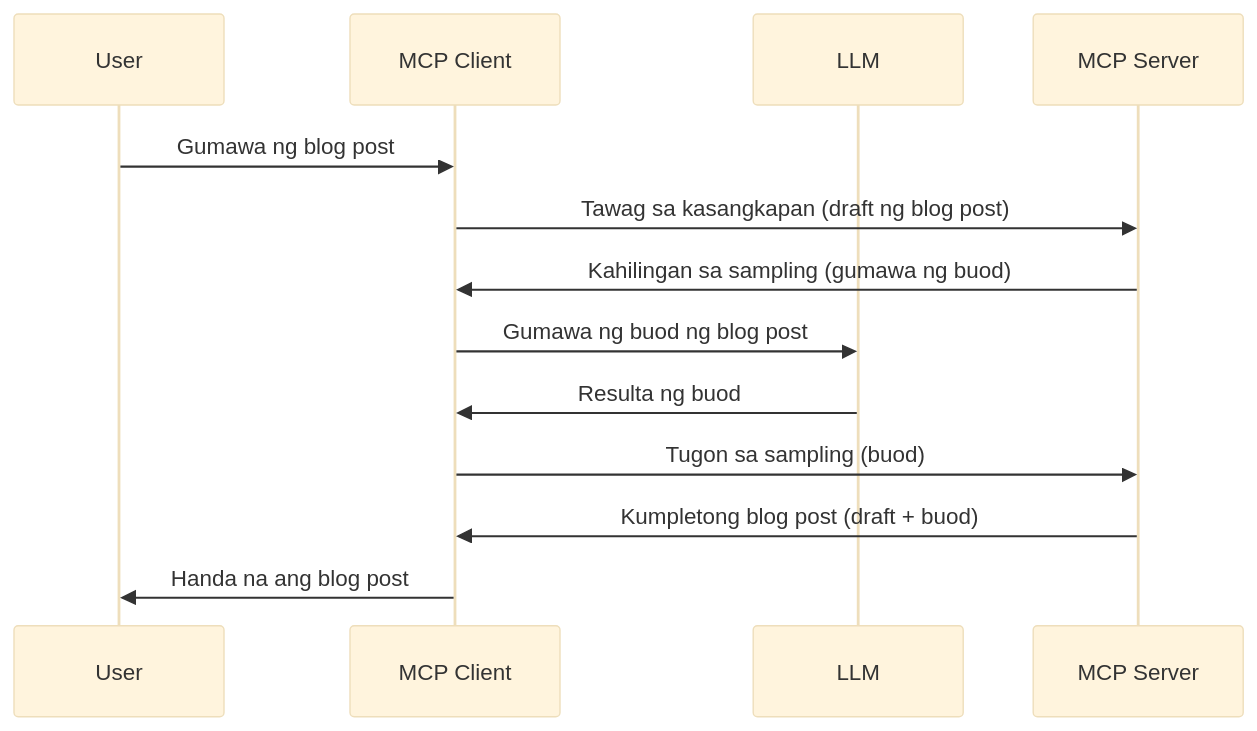
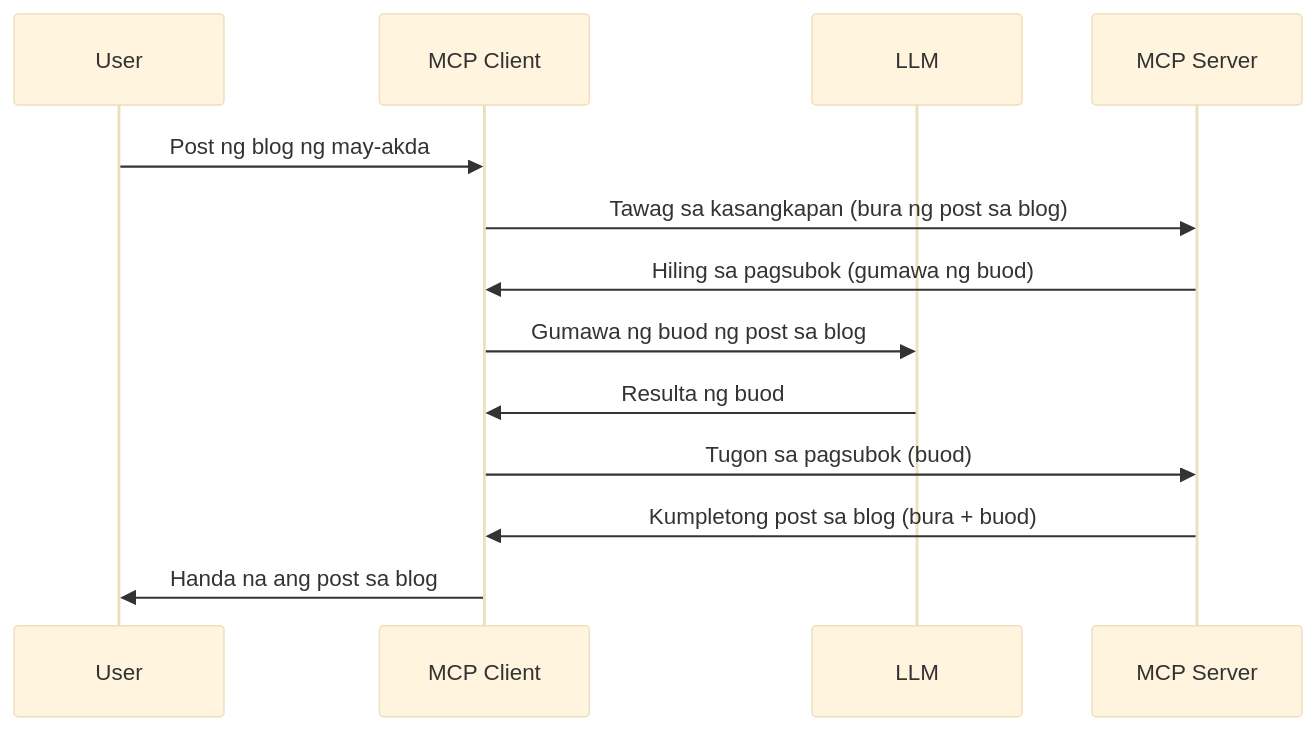
The diagram in mcp_ecosystem__model_context_protocol/mcp_learning_resources/mcp-for-beginners/translations/tl/03-GettingStarted/14-sampling/README.md (HIDORAKAI002/ai-workspace-archive), drawn with Mermaid (base theme) before and after one commit. The commit also changed other lines of this file and 1046 other files, not shown here.

````diff
--- a/mcp_ecosystem__model_context_protocol/mcp_learning_resources/mcp-for-beginners/translations/tl/03-GettingStarted/14-sampling/README.md
+++ b/mcp_ecosystem__model_context_protocol/mcp_learning_resources/mcp-for-beginners/translations/tl/03-GettingStarted/14-sampling/README.md
@@ -23,16 +25,16 @@
 ```mermaid
 sequenceDiagram
     participant User
     participant MCP Client
     participant LLM
     participant MCP Server
 
-    User->>MCP Client: Gumawa ng blog post
-    MCP Client->>MCP Server: Tawag sa kasangkapan (draft ng blog post)
-    MCP Server->>MCP Client: Kahilingan sa sampling (gumawa ng buod)
-    MCP Client->>LLM: Gumawa ng buod ng blog post
+    User->>MCP Client: Post ng blog ng may-akda
+    MCP Client->>MCP Server: Tawag sa kasangkapan (bura ng post sa blog)
+    MCP Server->>MCP Client: Hiling sa pagsubok (gumawa ng buod)
+    MCP Client->>LLM: Gumawa ng buod ng post sa blog
     LLM->>MCP Client: Resulta ng buod
-    MCP Client->>MCP Server: Tugon sa sampling (buod)
-    MCP Server->>MCP Client: Kumpletong blog post (draft + buod)
-    MCP Client->>User: Handa na ang blog post
+    MCP Client->>MCP Server: Tugon sa pagsubok (buod)
+    MCP Server->>MCP Client: Kumpletong post sa blog (bura + buod)
+    MCP Client->>User: Handa na ang post sa blog
 ```
````
